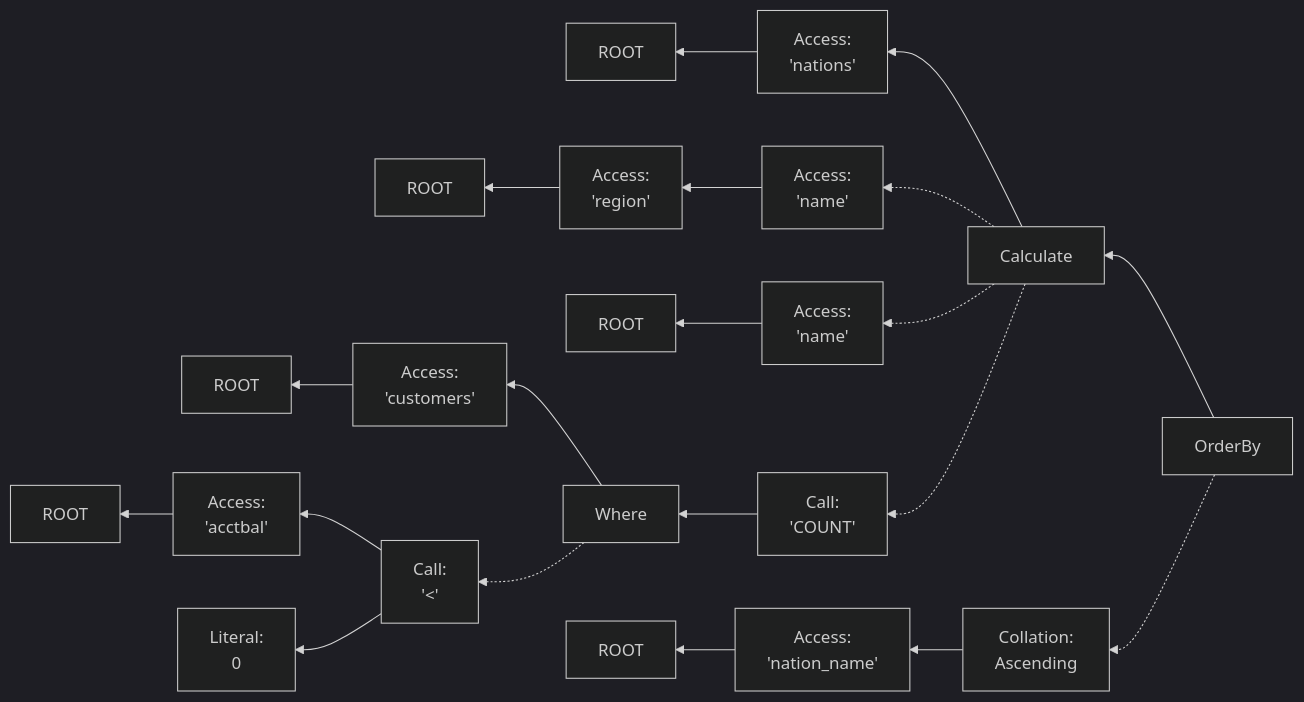
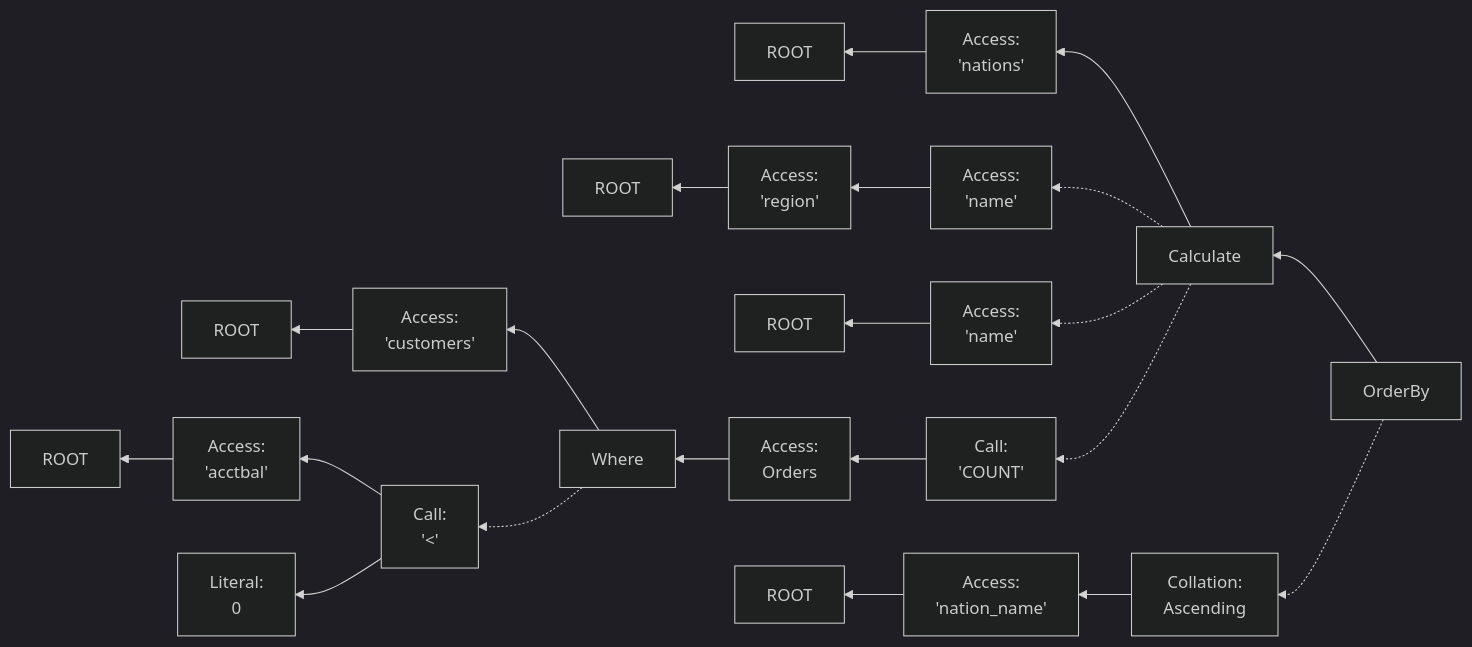
The second of 6 diagrams in documentation/ir.md (bodo-ai/PyDough), drawn with Mermaid (dark theme) before and after one commit. The commit also changed other lines of this file, not shown here.

````diff
--- a/documentation/ir.md
+++ b/documentation/ir.md
@@ -80,34 +92,36 @@
 ```mermaid
 flowchart RL
     A[OrderBy] --> B[Calculate]
     B --> C[Access:
     'nations']
     C --> D[ROOT]
     B -.-> B1A[Access:
     'name']
     B1A --> B1B[Access:
     'region']
     B1B --> B1C[ROOT]
     B -.-> B2A[Access:
     'name']
     B2A --> B2B[ROOT]
     B -.-> B3A[Call:
     'COUNT']
-    B3A --> B3B[Where]
+    B3A --> B3A1[Access:
+    Orders]
+    B3A1 --> B3B[Where]
     B3B --> B3C[Access:
     'customers']
     B3C --> B3D[ROOT]
     B3B -.-> P1[Call:
     '<']
     P1 --> P2[Access:
     'acctbal']
     P2 --> P3[ROOT]
     P1 --> P4[Literal:
     0]
     A -.-> A1[Collation:
     Ascending]
     A1 --> A2[Access:
     'nation_name'
     ]
     A2 --> A3[ROOT]
 ```
````
